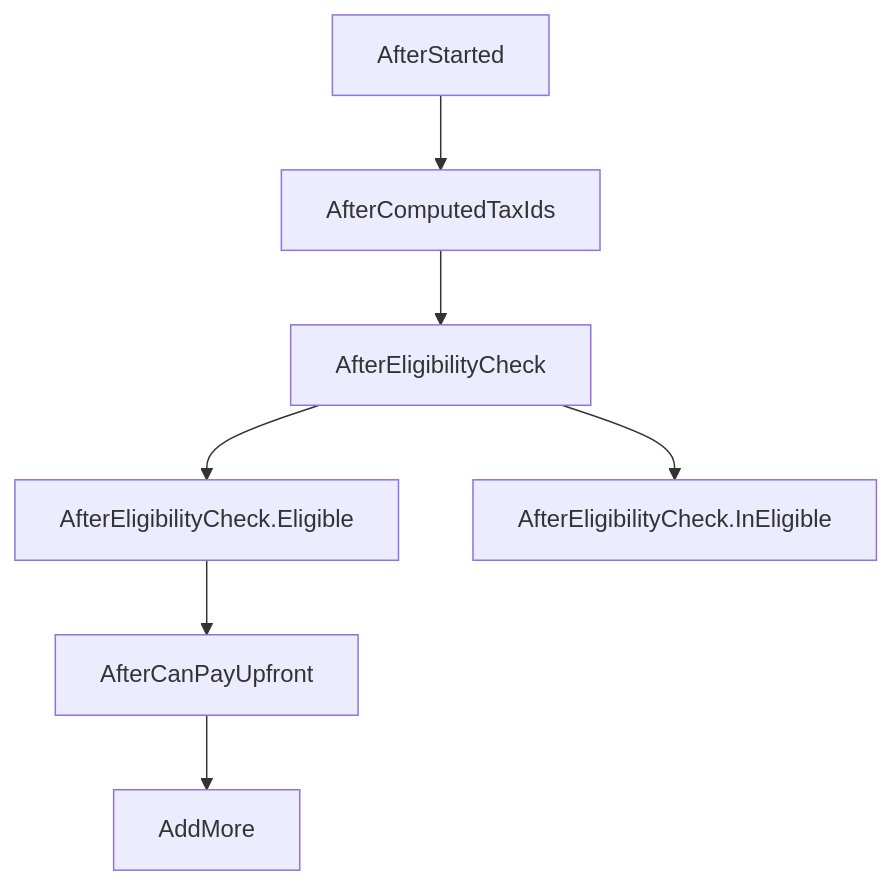
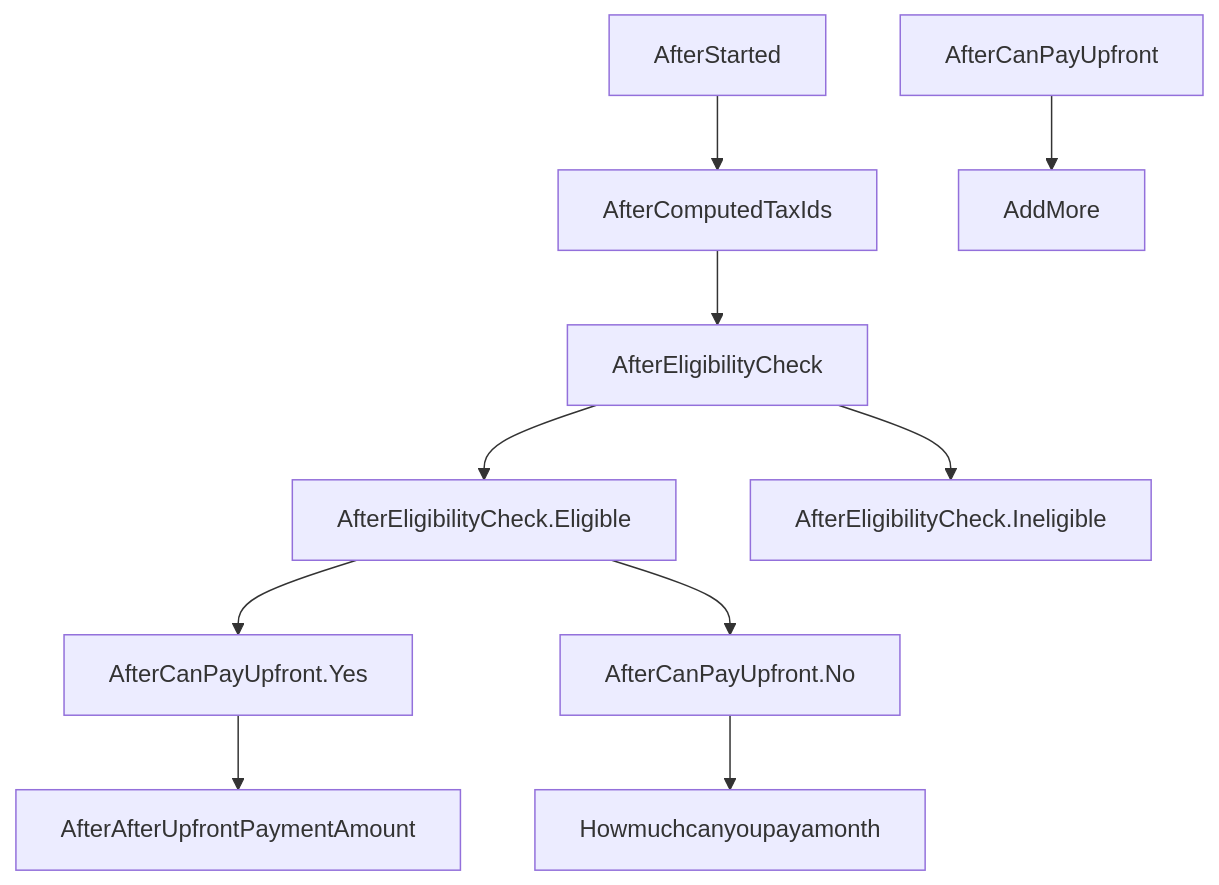
Before and after one commit to hmrc/essttp-backend: the diagram in README.md, drawn with Mermaid. The commit also changed 41 other files, not shown here.

Commit message:
[JB][SUPP-309] add ability to update upfront payment amount

````diff
--- a/README.md
+++ b/README.md
@@ -16,9 +16,12 @@
 ```mermaid
 graph TD;
     AfterStarted --> AfterComputedTaxIds;
     AfterComputedTaxIds --> AfterEligibilityCheck;
     AfterEligibilityCheck --> AfterEligibilityCheck.Eligible;
-    AfterEligibilityCheck --> AfterEligibilityCheck.InEligible;
-    AfterEligibilityCheck.Eligible --> AfterCanPayUpfront;
+    AfterEligibilityCheck --> AfterEligibilityCheck.Ineligible;
+    AfterEligibilityCheck.Eligible --> AfterCanPayUpfront.Yes;
+    AfterEligibilityCheck.Eligible --> AfterCanPayUpfront.No;
+    AfterCanPayUpfront.No --> Howmuchcanyoupayamonth;
+    AfterCanPayUpfront.Yes --> AfterAfterUpfrontPaymentAmount;
     AfterCanPayUpfront --> AddMore;
 ```
````
